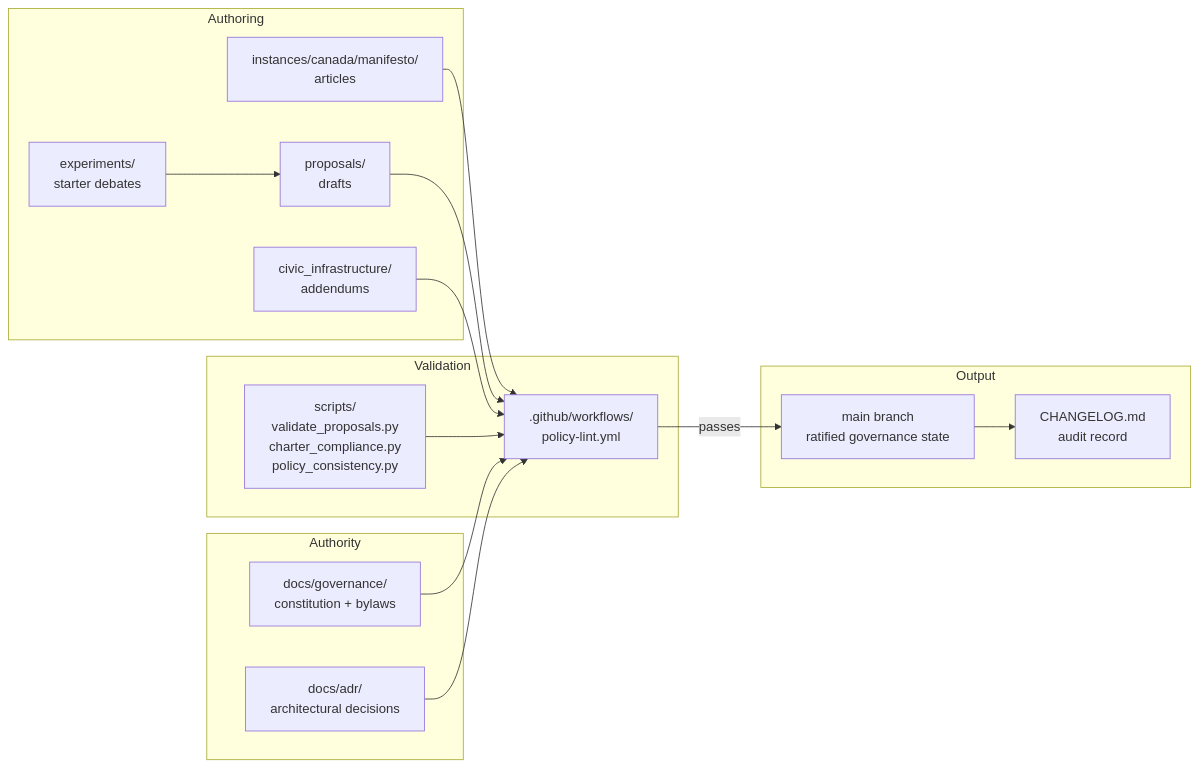
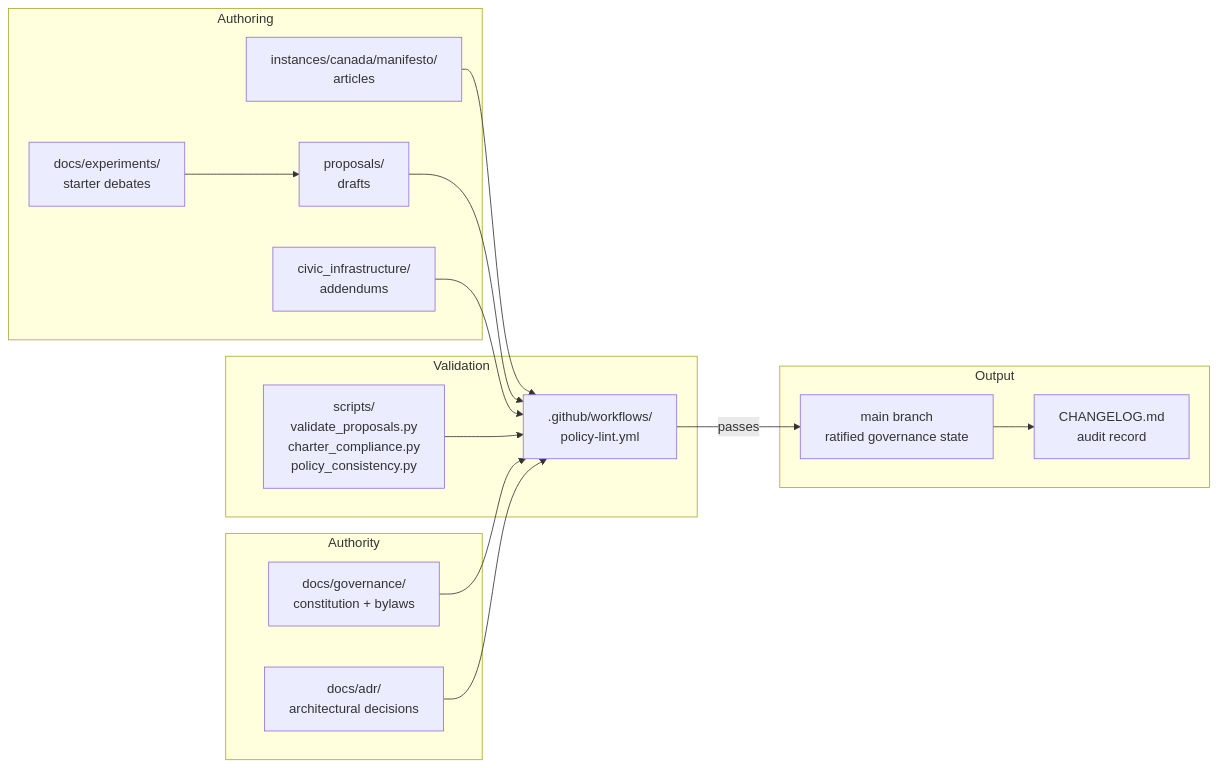
One commit to pancakesaregood/potato changed the third of 5 diagrams in ARCHITECTURE.md. Above: the diagram before and after it, drawn with Mermaid. The commit also changed other lines of this file and 10 other files, not shown here.

````diff
--- a/ARCHITECTURE.md
+++ b/ARCHITECTURE.md
@@ -61,34 +61,34 @@
 ```mermaid
 flowchart LR
     subgraph Authoring
         A[instances/canada/manifesto/\narticles]
         B[proposals/\ndrafts]
         C[civic_infrastructure/\naddendums]
-        D[experiments/\nstarter debates]
+        D[docs/experiments/\nstarter debates]
     end
 
     subgraph Validation
         E[scripts/\nvalidate_proposals.py\ncharter_compliance.py\npolicy_consistency.py]
         F[.github/workflows/\npolicy-lint.yml]
     end
 
     subgraph Authority
         G[docs/governance/\nconstitution + bylaws]
         H[docs/adr/\narchitectural decisions]
     end
 
     subgraph Output
         I[main branch\nratified governance state]
         J[CHANGELOG.md\naudit record]
     end
 
     A --> F
     B --> F
     C --> F
     D --> B
     E --> F
     G --> F
     H --> F
     F -->|passes| I
     I --> J
 ```
````
